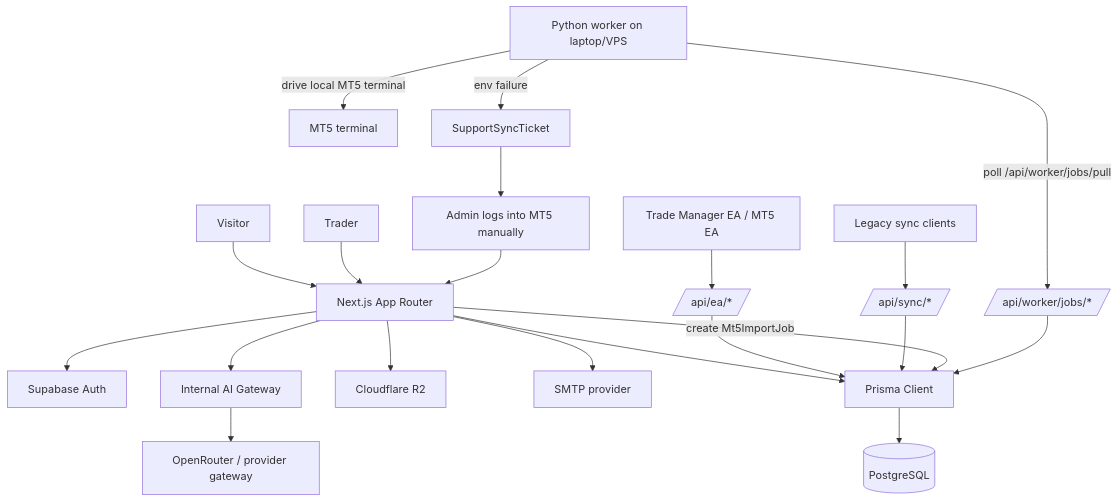
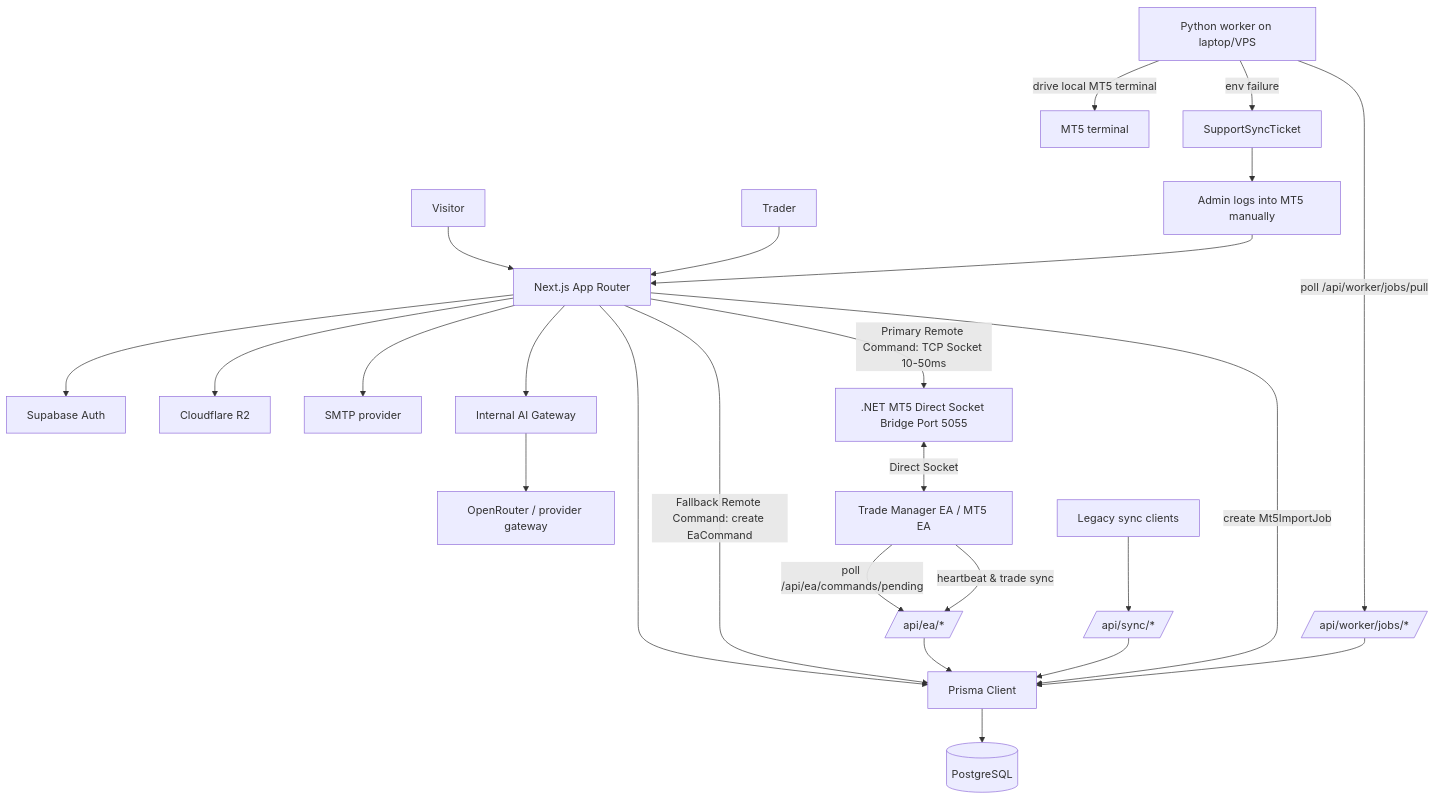
The diagram in docs/SYSTEM.md (nguyenndn/thenexttrade), drawn with Mermaid before and after one commit. The commit also changed other lines of this file and 197 other files, not shown here.

````diff
--- a/docs/SYSTEM.md
+++ b/docs/SYSTEM.md
@@ -22,23 +22,27 @@
 ```mermaid
 flowchart TD
   Visitor[Visitor] --> App[Next.js App Router]
   Trader[Trader] --> App
   Admin[Admin / Editor] --> App
   App --> Supabase[Supabase Auth]
   App --> Prisma[Prisma Client]
   Prisma --> Postgres[(PostgreSQL)]
   App --> R2[Cloudflare R2]
   App --> SMTP[SMTP provider]
   App --> InternalAI[Internal AI Gateway]
   InternalAI --> OpenRouter[OpenRouter / provider gateway]
-  EA[Trade Manager EA / MT5 EA] --> EaApi[/api/ea/*/]
+  App -->|Primary Remote Command: TCP Socket 10-50ms| Bridge[.NET MT5 Direct Socket Bridge Port 5055]
+  Bridge <-->|Direct Socket| EA[Trade Manager EA / MT5 EA]
+  App -->|Fallback Remote Command: create EaCommand| Prisma
+  EA -->|poll /api/ea/commands/pending| EaApi[/api/ea/*/]
+  EA -->|heartbeat & trade sync| EaApi
   LegacySync[Legacy sync clients] --> SyncApi[/api/sync/*/]
   EaApi --> Prisma
   SyncApi --> Prisma
   App -->|create Mt5ImportJob| Prisma
   Worker[Python worker on laptop/VPS] -->|poll /api/worker/jobs/pull| WorkerApi[/api/worker/jobs/*/]
   Worker -->|drive local MT5 terminal| MT5[MT5 terminal]
   WorkerApi --> Prisma
   Worker -->|env failure| Ticket[SupportSyncTicket]
   Ticket --> Admin[Admin logs into MT5 manually]
 ```
````
